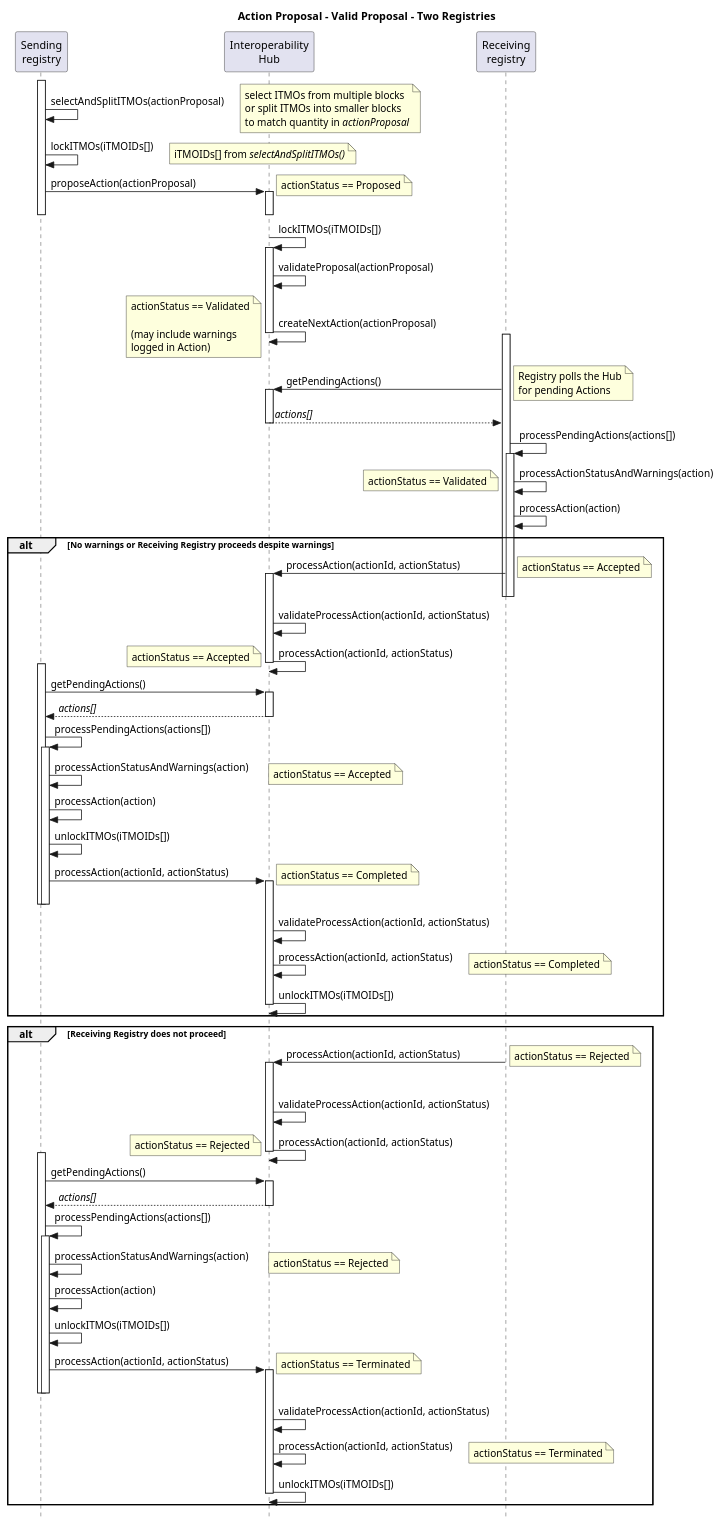
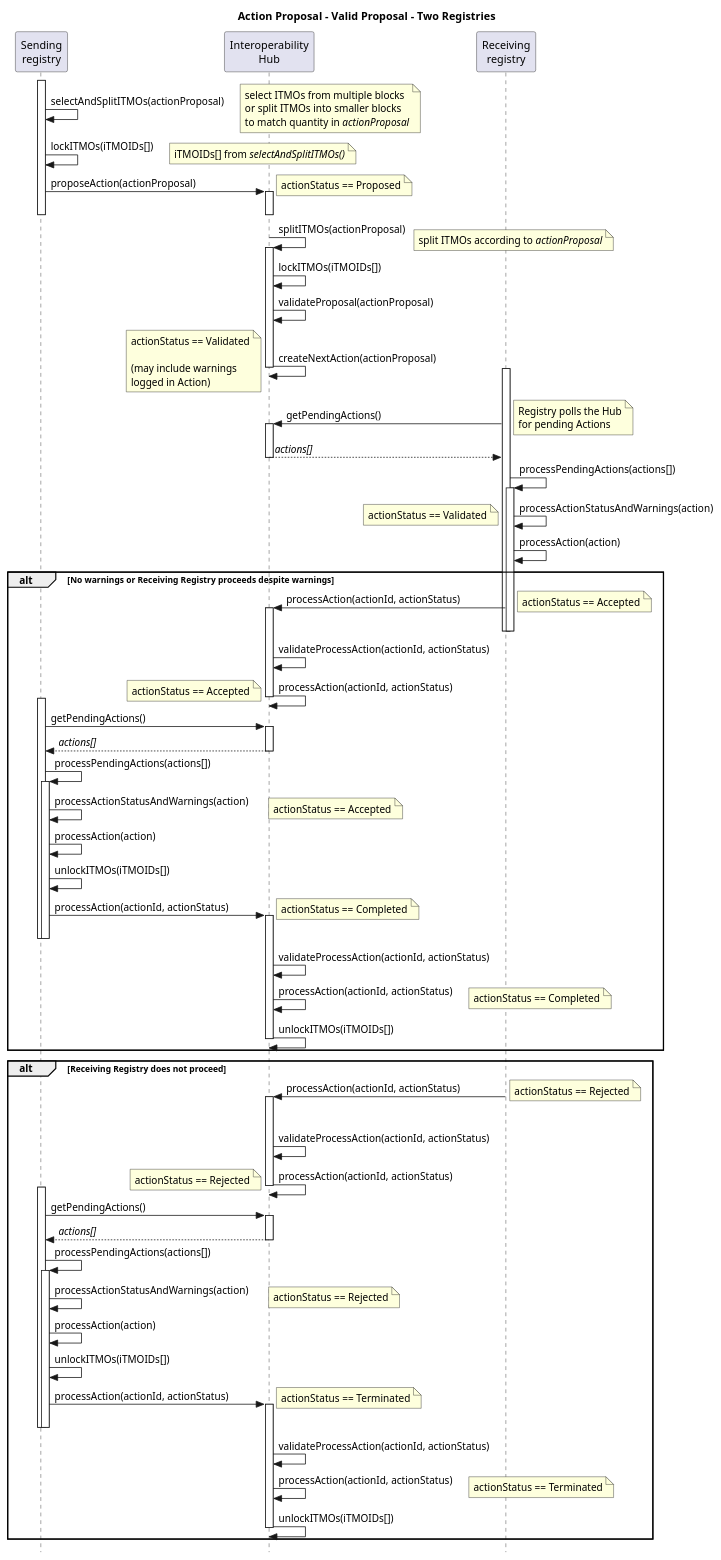
Before and after one commit to frankcnng/CARP: the diagram in diagrams/actionProposal_Valid_TwoReg_Sequence.puml, drawn with PlantUML.

Commit message:
Update actionProposal_Valid_TwoReg_Sequence.puml
Added splitITMOs() for hub

```diff
--- a/diagrams/actionProposal_Valid_TwoReg_Sequence.puml
+++ b/diagrams/actionProposal_Valid_TwoReg_Sequence.puml
@@ -1,112 +1,114 @@
 @startuml actionProposal_Valid_TwoReg_Sequence
 
 title Action Proposal - Valid Proposal - Two Registries
 
 skinparam style strictuml
 
 participant "Sending\nregistry" as Sender
 participant "Interoperability\nHub" as Hub
 participant "Receiving\nregistry" as Receiver
 
 activate Sender
 Sender -> Sender: selectAndSplitITMOs(actionProposal)
 note right: select ITMOs from multiple blocks\nor split ITMOs into smaller blocks\nto match quantity in //actionProposal//
 
 Sender -> Sender: lockITMOs(iTMOIDs[])
 note right: iTMOIDs[] from //selectAndSplitITMOs()//
 
 Sender -> Hub++ : proposeAction(actionProposal)
 note right: actionStatus == Proposed
 deactivate Sender
 deactivate Hub
 
-Hub -> Hub++: lockITMOs(iTMOIDs[])
+Hub -> Hub++: splitITMOs(actionProposal)
+note right: split ITMOs according to //actionProposal//
+Hub -> Hub: lockITMOs(iTMOIDs[])
 Hub -> Hub: validateProposal(actionProposal)
 Hub -> Hub--: createNextAction(actionProposal)
 note left: actionStatus == Validated\n\n(may include warnings\nlogged in Action)
 
 activate Receiver
 Receiver -> Hub++: getPendingActions()
 note right: Registry polls the Hub\nfor pending Actions
   
 Receiver <-- Hub: //actions[]//
 deactivate Hub
 
 Receiver -> Receiver: processPendingActions(actions[])
 activate Receiver
 Receiver -> Receiver: processActionStatusAndWarnings(action)
 note left: actionStatus == Validated
 Receiver -> Receiver: processAction(action)
 
 alt No warnings or Receiving Registry proceeds despite warnings
 
   Receiver -> Hub++: processAction(actionId, actionStatus)
   deactivate Receiver
   deactivate Receiver
   note right: actionStatus == Accepted
   Hub -> Hub: validateProcessAction(actionId, actionStatus)
   Hub -> Hub: processAction(actionId, actionStatus)
   note left: actionStatus == Accepted
   deactivate Hub
 
   activate Sender
   Sender -> Hub++ : getPendingActions()
   Sender <-- Hub : //actions[]//
   deactivate Hub
   
   Sender -> Sender: processPendingActions(actions[])
   activate Sender
   Sender -> Sender: processActionStatusAndWarnings(action)
   note right: actionStatus == Accepted
   Sender -> Sender: processAction(action)
   Sender -> Sender: unlockITMOs(iTMOIDs[])
 
   Sender -> Hub++: processAction(actionId, actionStatus)
   note right: actionStatus == Completed
   deactivate Sender
   deactivate Sender
   Hub -> Hub: validateProcessAction(actionId, actionStatus)
   Hub -> Hub: processAction(actionId, actionStatus)
   note right: actionStatus == Completed
   Hub -> Hub--: unlockITMOs(iTMOIDs[])
 
 end
 
 alt Receiving Registry does not proceed
 
   activate Receiver
   activate Receiver
   Receiver -> Hub++: processAction(actionId, actionStatus)
   note right: actionStatus == Rejected
   deactivate Receiver
   deactivate Receiver
   Hub -> Hub: validateProcessAction(actionId, actionStatus)
   Hub -> Hub: processAction(actionId, actionStatus)
   note left: actionStatus == Rejected
   deactivate Hub
 
   activate Sender
   Sender -> Hub++ : getPendingActions()
   Sender <-- Hub: //actions[]//
   deactivate Hub
   
   Sender -> Sender: processPendingActions(actions[])
   activate Sender
   Sender -> Sender: processActionStatusAndWarnings(action)
   note right: actionStatus == Rejected
 
   Sender -> Sender: processAction(action)
   Sender -> Sender: unlockITMOs(iTMOIDs[])
 
   Sender -> Hub++: processAction(actionId, actionStatus)
   note right: actionStatus == Terminated
   deactivate Sender
   deactivate Sender
   Hub -> Hub: validateProcessAction(actionId, actionStatus)
   Hub -> Hub: processAction(actionId, actionStatus)
   note right: actionStatus == Terminated
   Hub -> Hub--: unlockITMOs(iTMOIDs[])
 
 end
 
 @enduml
```
